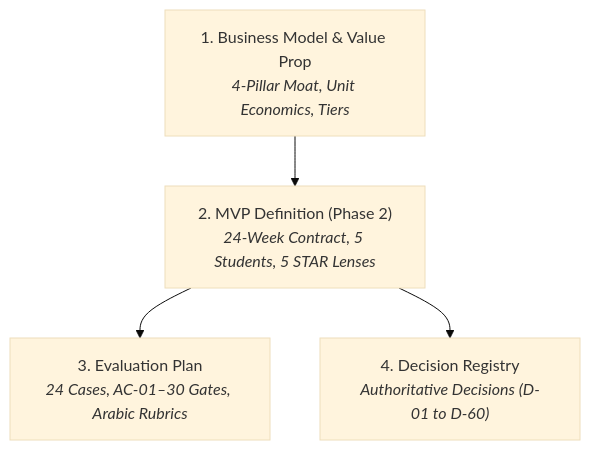
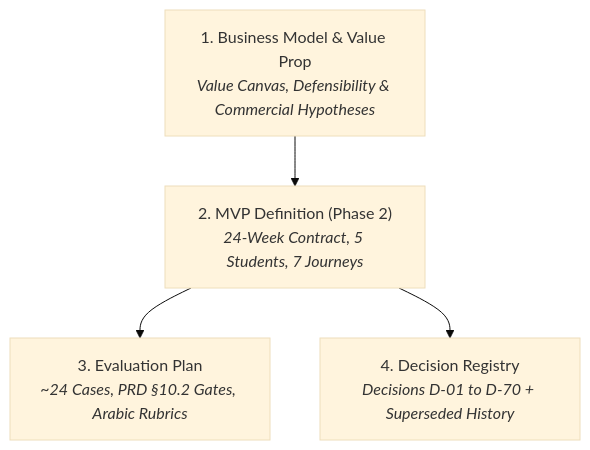
Before and after one commit to mohamed-hossam1/busmora-docs: the diagram in strategy/README.md, drawn with Mermaid (base theme). The commit also changed other lines of this file and 16 other files, not shown here.

````diff
--- a/strategy/README.md
+++ b/strategy/README.md
@@ -11,11 +11,11 @@
 ```mermaid
 flowchart TD
-    BM["1. Business Model & Value Prop<br/><i>4-Pillar Moat, Unit Economics, Tiers</i>"]
-    MVP["2. MVP Definition (Phase 2)<br/><i>24-Week Contract, 5 Students, 5 STAR Lenses</i>"]
-    EVAL["3. Evaluation Plan<br/><i>24 Cases, AC-01–30 Gates, Arabic Rubrics</i>"]
-    DR["4. Decision Registry<br/><i>Authoritative Decisions (D-01 to D-60)</i>"]
+    BM["1. Business Model & Value Prop<br/><i>Value Canvas, Defensibility & Commercial Hypotheses</i>"]
+    MVP["2. MVP Definition (Phase 2)<br/><i>24-Week Contract, 5 Students, 7 Journeys</i>"]
+    EVAL["3. Evaluation Plan<br/><i>~24 Cases, PRD §10.2 Gates, Arabic Rubrics</i>"]
+    DR["4. Decision Registry<br/><i>Decisions D-01 to D-70 + Superseded History</i>"]
 
     BM --> MVP
     MVP --> EVAL
     MVP --> DR
 ```
````
